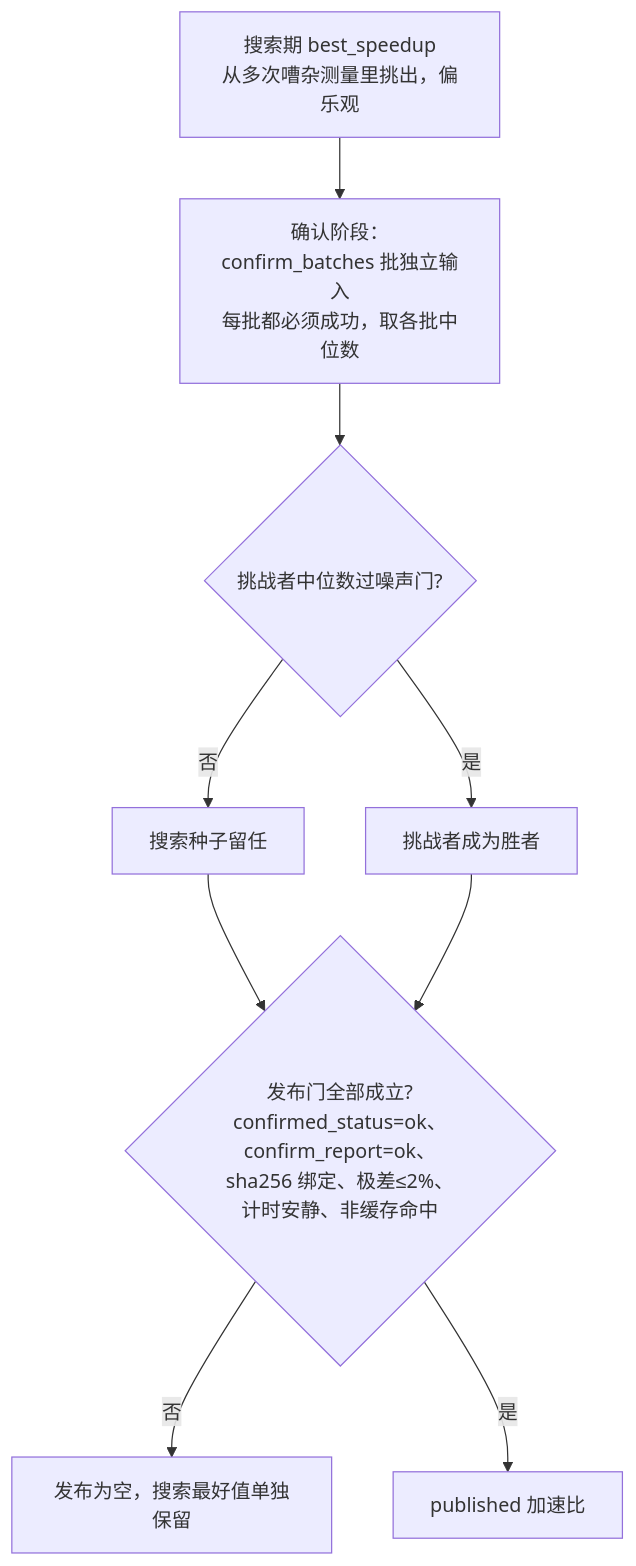
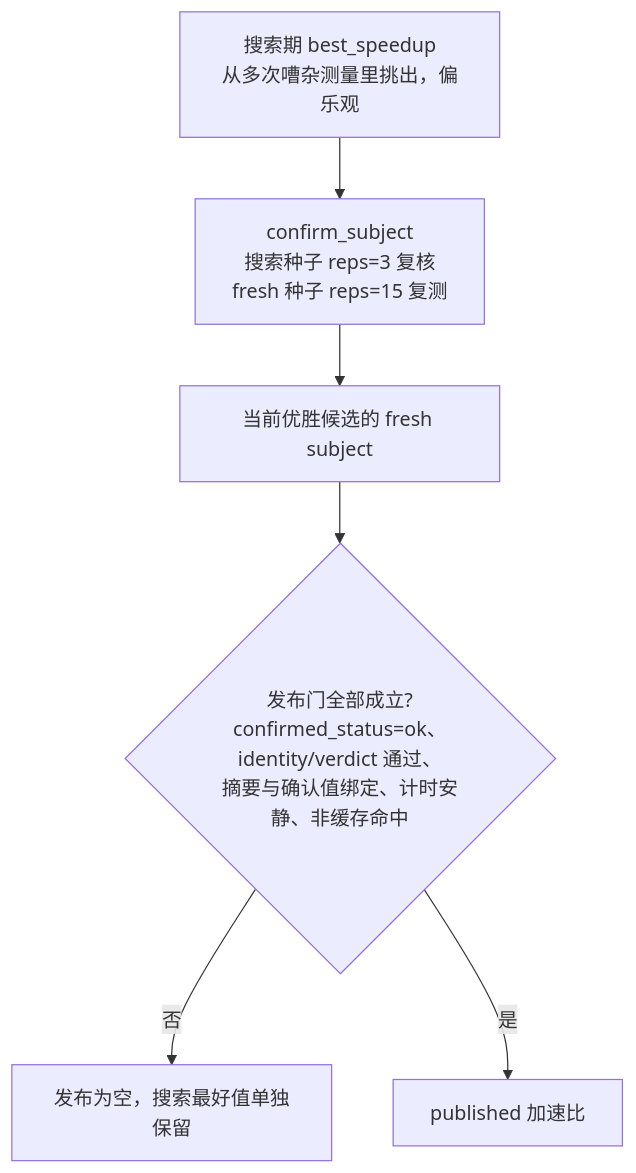
The fourth of 5 diagrams in docs/架构/数据层.md (kuafuwang/ShapeForge), drawn with Mermaid before and after one commit. The commit also changed other lines of this file and 31 other files, not shown here.

````diff
--- a/docs/架构/数据层.md
+++ b/docs/架构/数据层.md
@@ -315,11 +314,8 @@
 ```mermaid
 flowchart TD
-  S["搜索期 best_speedup<br/>从多次嘈杂测量里挑出，偏乐观"] --> CF["确认阶段：confirm_batches 批独立输入<br/>每批都必须成功，取各批中位数"]
-  CF --> CH{"挑战者中位数过噪声门?"}
-  CH -->|否| SEED["搜索种子留任"]
-  CH -->|是| WIN["挑战者成为胜者"]
-  SEED --> GATE{"发布门全部成立?<br/>confirmed_status=ok、confirm_report=ok、<br/>sha256 绑定、极差≤2%、计时安静、非缓存命中"}
-  WIN --> GATE
+  S["搜索期 best_speedup<br/>从多次嘈杂测量里挑出，偏乐观"] --> CF["confirm_subject<br/>搜索种子 reps=3 复核<br/>fresh 种子 reps=15 复测"]
+  CF --> WIN["当前优胜候选的 fresh subject"]
+  WIN --> GATE{"发布门全部成立?<br/>confirmed_status=ok、identity/verdict 通过、<br/>摘要与确认值绑定、计时安静、非缓存命中"}
   GATE -->|否| N["发布为空，搜索最好值单独保留"]
   GATE -->|是| P["published 加速比"]
 ```
````
